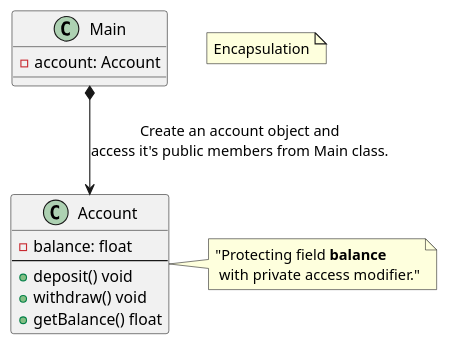
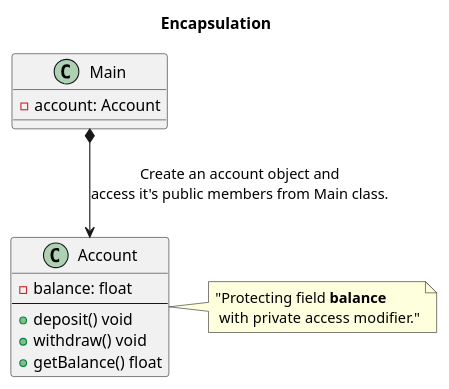
The diagram in Algorithms/src/com/designPatterns/encapusulation/encapsulation.puml (jagadeeshshetty/LearnJava), drawn with PlantUML before and after one commit. The commit also changed 1 other file, not shown here.

Commit message:
dp: encapsulation update.

```diff
--- a/Algorithms/src/com/designPatterns/encapusulation/encapsulation.puml
+++ b/Algorithms/src/com/designPatterns/encapusulation/encapsulation.puml
@@ -1,17 +1,17 @@
 @startuml
-note "Encapsulation" as N1
+title "Encapsulation"
 class Main {
     - account: Account
 }
 
 class Account {
     - balance: float
     --
     + deposit() void
     + withdraw() void
     + getBalance() float
 }
 note right:  "Protecting field <b>balance</b>\n with private access modifier."
 
 Main *--> Account : Create an account object and\naccess it's public members from Main class.
 @enduml
```
